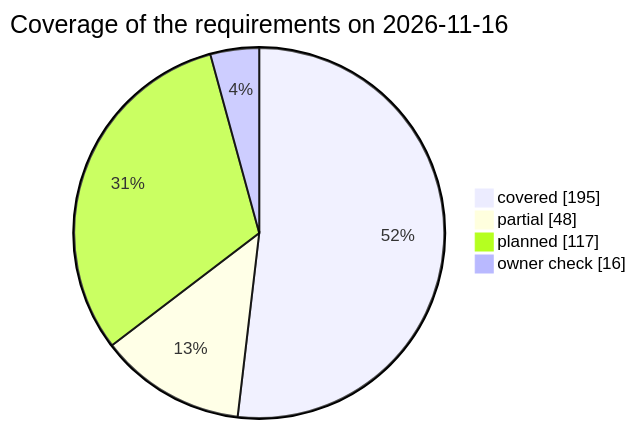
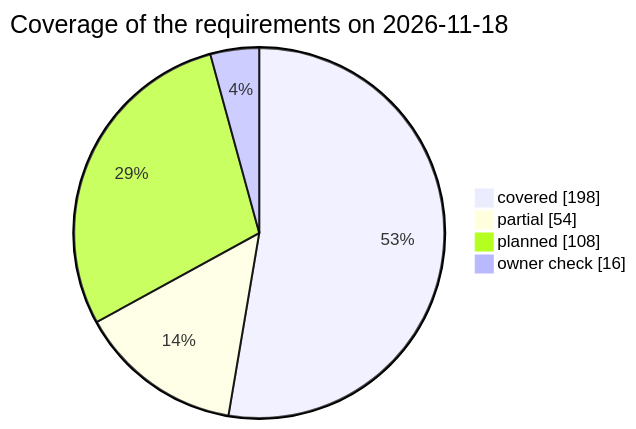
Before and after one commit to qa-io-vn/fnb-manager: the third of 3 diagrams in docs/test-plan.md, drawn with Mermaid. The commit also changed other lines of this file and 9 other files, not shown here.

````diff
--- a/docs/test-plan.md
+++ b/docs/test-plan.md
@@ -885,8 +892,8 @@
 ```mermaid
 pie showData
-    title Coverage of the requirements on 2026-11-16
-    "covered" : 195
-    "partial" : 48
-    "planned" : 117
+    title Coverage of the requirements on 2026-11-18
+    "covered" : 198
+    "partial" : 54
+    "planned" : 108
     "owner check" : 16
 ```
````
